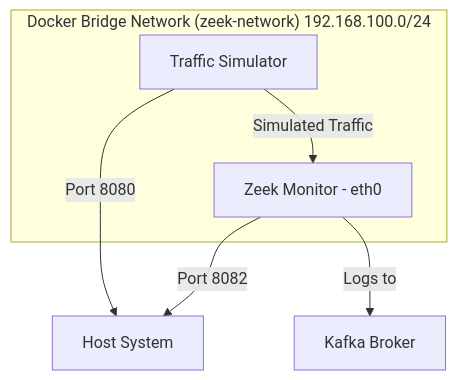
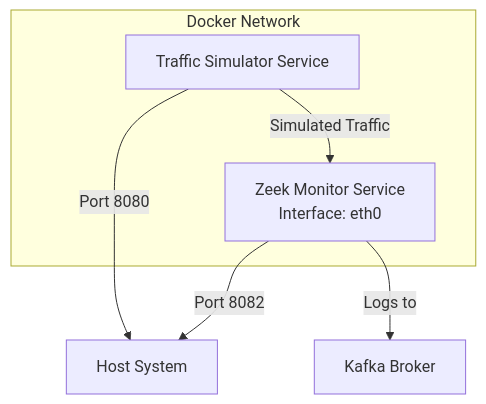
Before and after one commit to snowch/vast-docker-compose-examples: the diagram in zeek-service/DOCUMENTATION.md, drawn with Mermaid.

````diff
--- a/zeek-service/DOCUMENTATION.md
+++ b/zeek-service/DOCUMENTATION.md
@@ -13,14 +13,14 @@
 ```mermaid
 graph TD
-    subgraph "Docker Bridge Network (zeek-network) 192.168.100.0/24"
-        Z[Zeek Monitor - eth0]
-        T[Traffic Simulator]
+    subgraph "Docker Network"
+        Z[Zeek Monitor Service <br> Interface: eth0]
+        T[Traffic Simulator Service]
         T -- Simulated Traffic --> Z
     end
     H[Host System]
     K[Kafka Broker]
 
     T -- Port 8080 --> H
     Z -- Port 8082 --> H
     Z -- Logs to --> K
 ```
````
